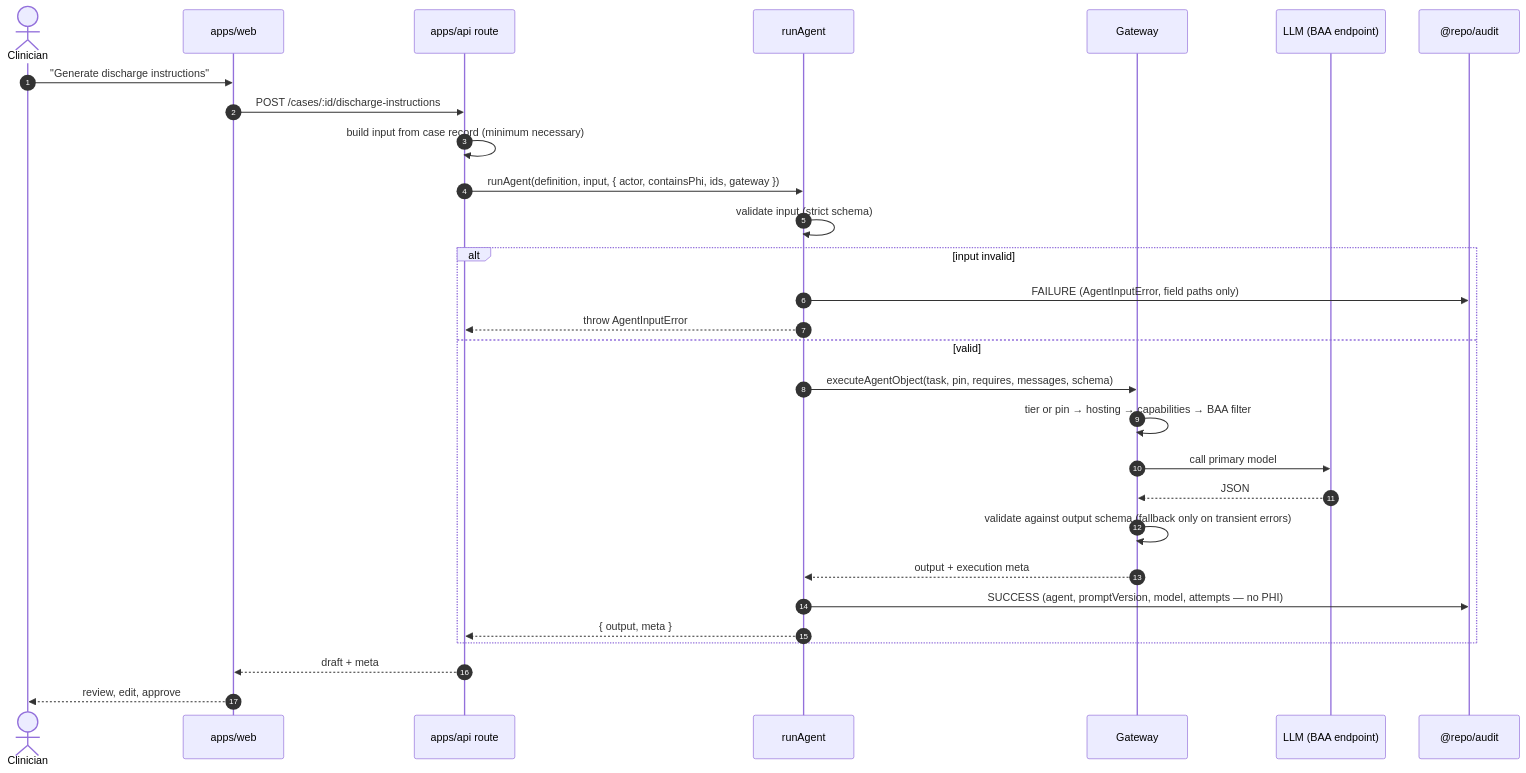
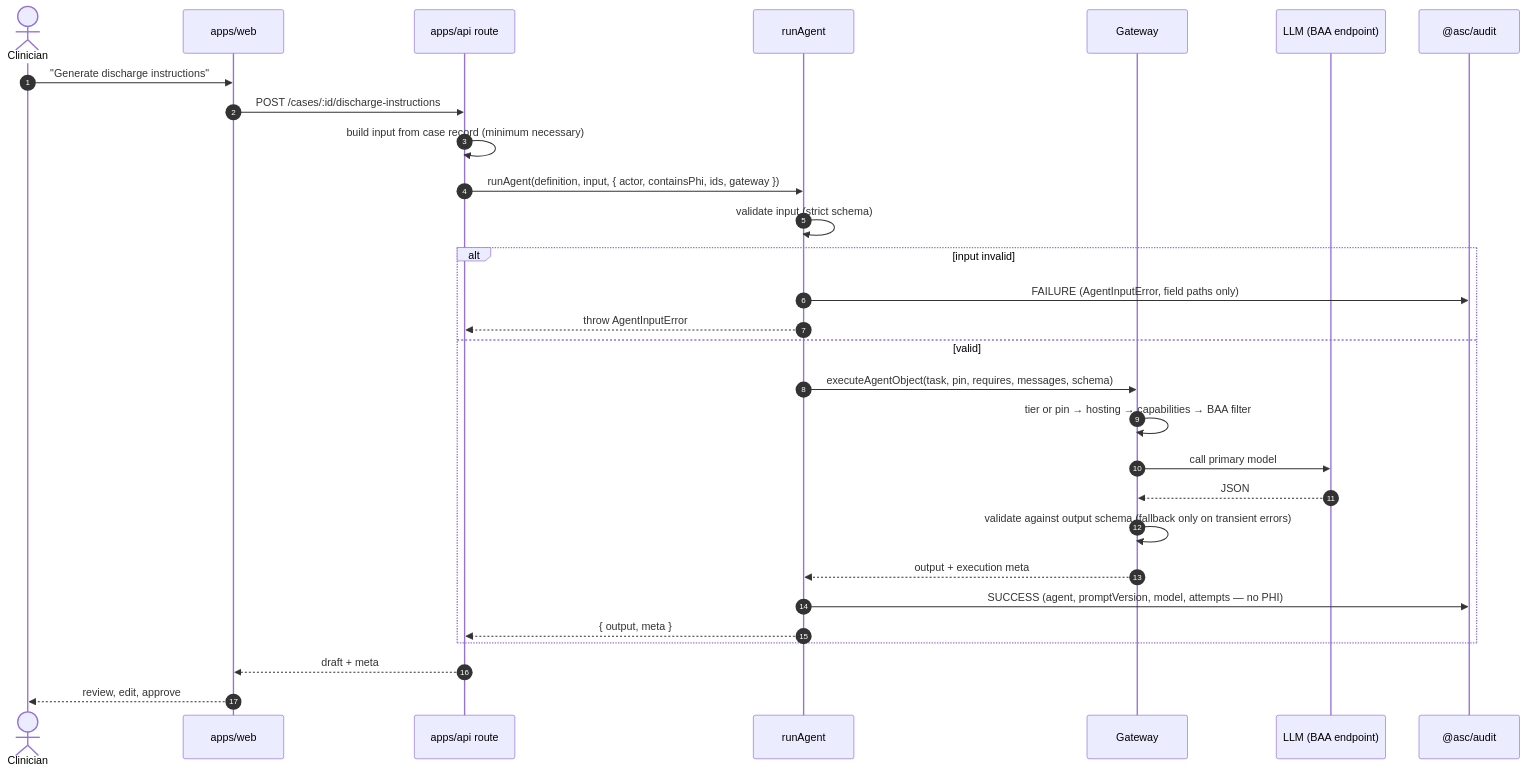
The fourth of 5 diagrams in docs/agent/ai-agents-guide.md (imRahul05/ASC-EHR), drawn with Mermaid before and after one commit. The commit also changed other lines of this file and 88 other files, not shown here.

First line of the commit message:
chore: rename internal package scope @repo/* -> @asc/*

````diff
--- a/docs/agent/ai-agents-guide.md
+++ b/docs/agent/ai-agents-guide.md
@@ -165,32 +165,32 @@
 ```mermaid
 sequenceDiagram
     autonumber
     actor U as Clinician
     participant W as apps/web
     participant A as apps/api route
     participant R as runAgent
     participant G as Gateway
     participant M as LLM (BAA endpoint)
-    participant AU as @repo/audit
+    participant AU as @asc/audit
 
     U->>W: "Generate discharge instructions"
     W->>A: POST /cases/:id/discharge-instructions
     A->>A: build input from case record (minimum necessary)
     A->>R: runAgent(definition, input, { actor, containsPhi, ids, gateway })
     R->>R: validate input (strict schema)
     alt input invalid
         R->>AU: FAILURE (AgentInputError, field paths only)
         R-->>A: throw AgentInputError
     else valid
         R->>G: executeAgentObject(task, pin, requires, messages, schema)
         G->>G: tier or pin → hosting → capabilities → BAA filter
         G->>M: call primary model
         M-->>G: JSON
         G->>G: validate against output schema (fallback only on transient errors)
         G-->>R: output + execution meta
         R->>AU: SUCCESS (agent, promptVersion, model, attempts — no PHI)
         R-->>A: { output, meta }
     end
     A-->>W: draft + meta
     W-->>U: review, edit, approve
 ```
````
